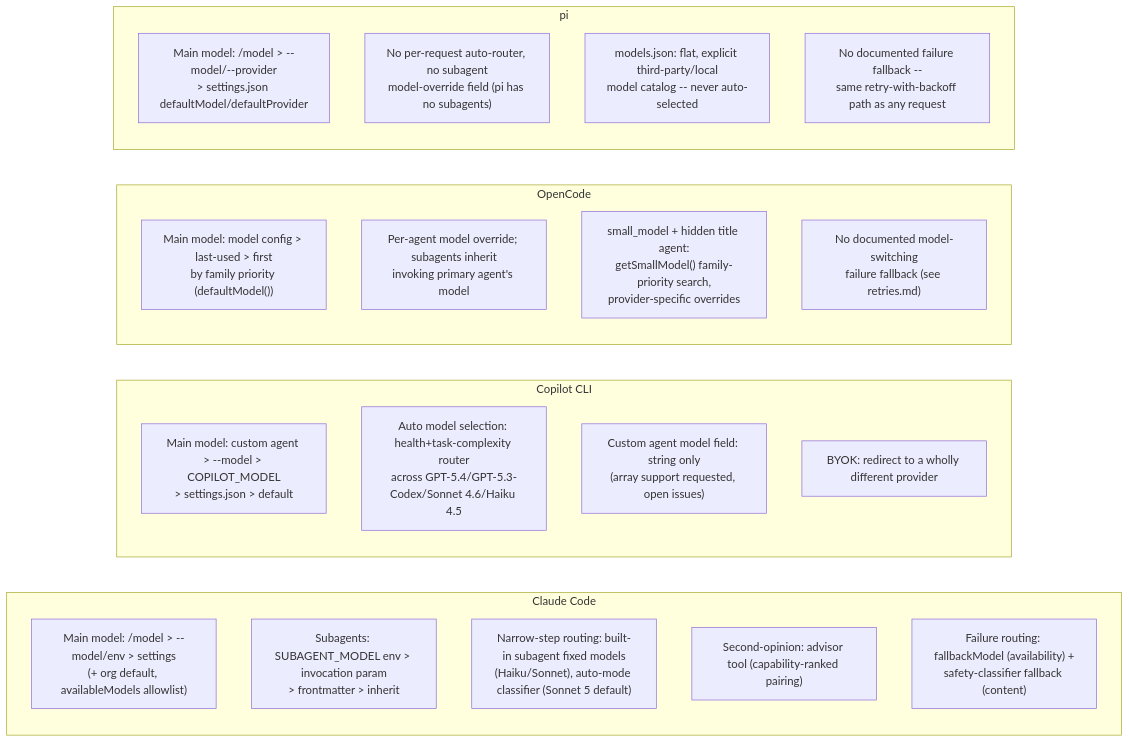
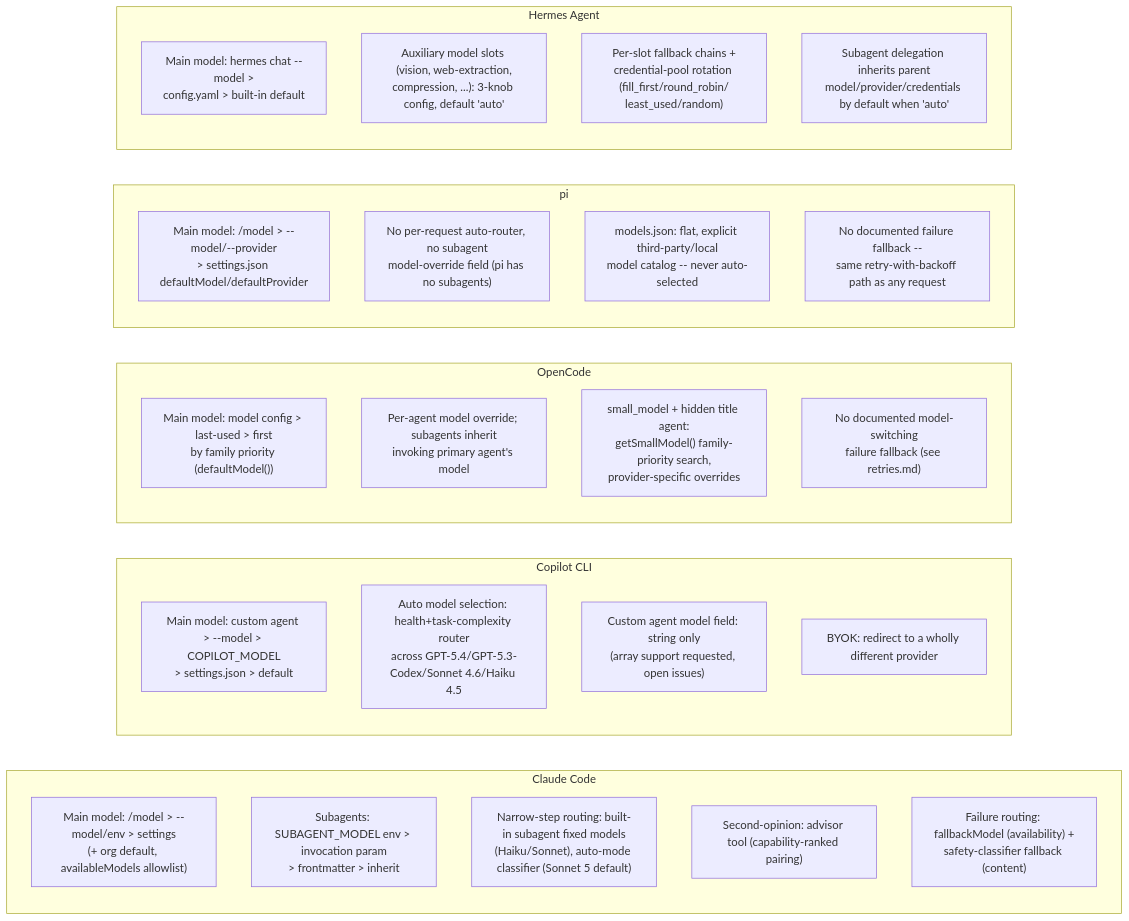
One commit to sfernandezplain/AIrchon changed the fifth of 5 diagrams in references/harnesses/model-routing-and-selection.md. Above: the diagram before and after it, drawn with Mermaid. The commit also changed other lines of this file and 8 other files, not shown here.

First line of the commit message:
Add deepagents as a middleware-composed harness; distribute Hermes coverage into per-mechanism pages

````diff
--- a/references/harnesses/model-routing-and-selection.md
+++ b/references/harnesses/model-routing-and-selection.md
@@ -563,32 +636,39 @@
 ```mermaid
 flowchart LR
     subgraph CC["Claude Code"]
         direction TB
         CC1["Main model: /model > --model/env > settings\n(+ org default, availableModels allowlist)"]
         CC2["Subagents: SUBAGENT_MODEL env > invocation param\n> frontmatter > inherit"]
         CC3["Narrow-step routing: built-in subagent fixed models\n(Haiku/Sonnet), auto-mode classifier (Sonnet 5 default)"]
         CC4["Second-opinion: advisor tool (capability-ranked pairing)"]
         CC5["Failure routing: fallbackModel (availability) +\nsafety-classifier fallback (content)"]
     end
     subgraph CP["Copilot CLI"]
         direction TB
         CP1["Main model: custom agent > --model > COPILOT_MODEL\n> settings.json > default"]
         CP2["Auto model selection: health+task-complexity router\nacross GPT-5.4/GPT-5.3-Codex/Sonnet 4.6/Haiku 4.5"]
         CP3["Custom agent model field: string only\n(array support requested, open issues)"]
         CP4["BYOK: redirect to a wholly different provider"]
     end
     subgraph OC["OpenCode"]
         direction TB
         OC1["Main model: model config > last-used > first\nby family priority (defaultModel())"]
         OC2["Per-agent model override; subagents inherit\ninvoking primary agent's model"]
         OC3["small_model + hidden title agent:\ngetSmallModel() family-priority search,\nprovider-specific overrides"]
         OC4["No documented model-switching\nfailure fallback (see retries.md)"]
     end
     subgraph PI["pi"]
         direction TB
         PI1["Main model: /model > --model/--provider\n> settings.json defaultModel/defaultProvider"]
         PI2["No per-request auto-router, no subagent\nmodel-override field (pi has no subagents)"]
         PI3["models.json: flat, explicit third-party/local\nmodel catalog -- never auto-selected"]
         PI4["No documented failure fallback --\nsame retry-with-backoff path as any request"]
     end
+    subgraph HM["Hermes Agent"]
+        direction TB
+        HM1["Main model: hermes chat --model >\nconfig.yaml > built-in default"]
+        HM2["Auxiliary model slots (vision, web-extraction,\ncompression, ...): 3-knob config, default 'auto'"]
+        HM3["Per-slot fallback chains +\ncredential-pool rotation (fill_first/round_robin/\nleast_used/random)"]
+        HM4["Subagent delegation inherits parent\nmodel/provider/credentials by default when 'auto'"]
+    end
 ```
````
